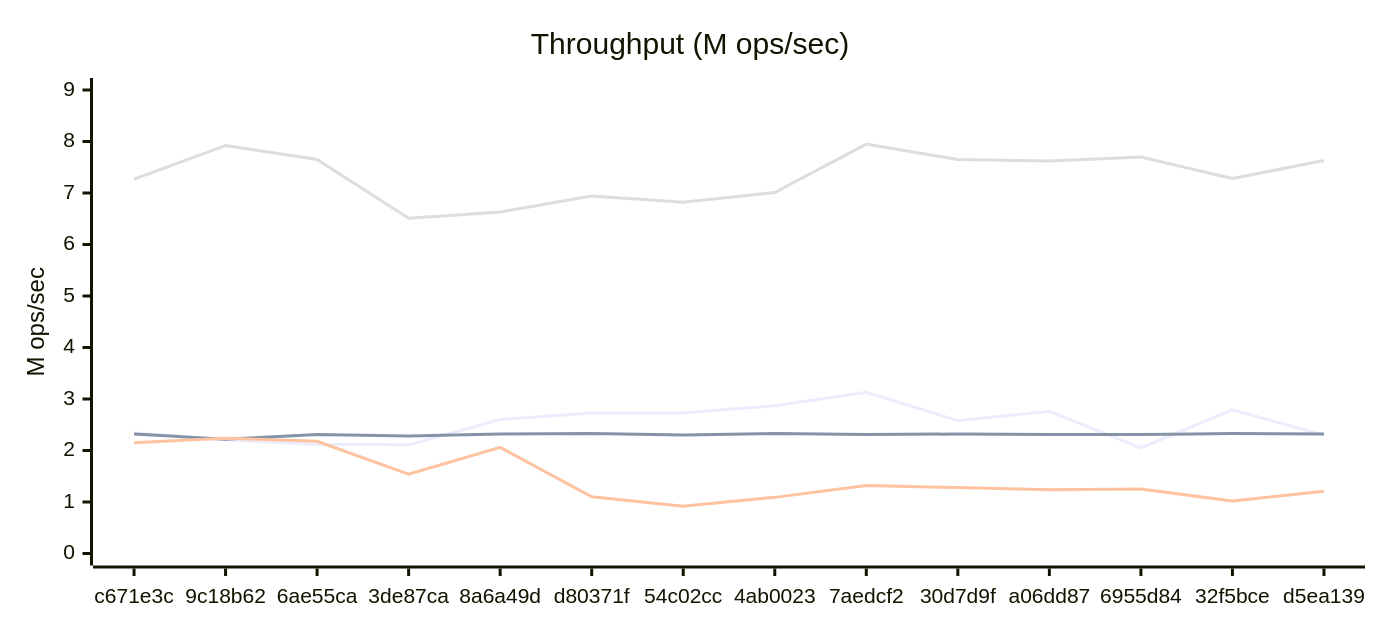
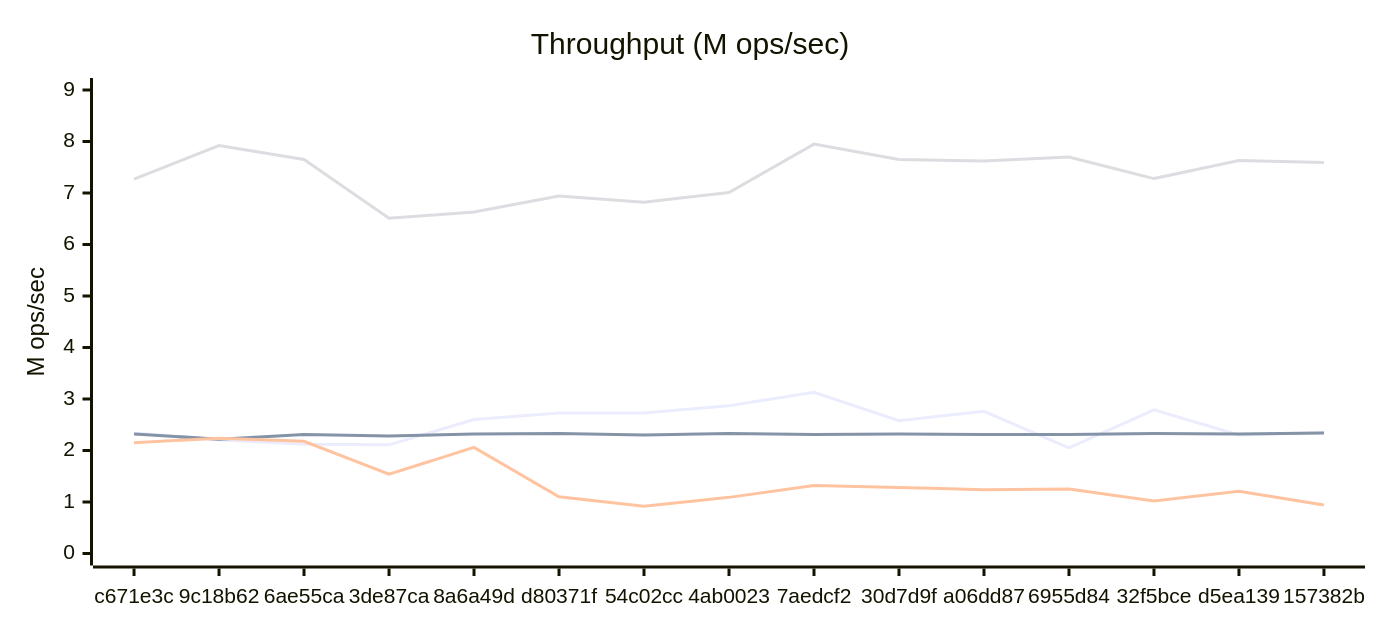
The fourth of 6 diagrams in docs/BENCHMARKS.md (Ikolvi/titan), drawn with Mermaid before and after one commit. The commit also changed other lines of this file, not shown here.

````diff
--- a/docs/BENCHMARKS.md
+++ b/docs/BENCHMARKS.md
@@ -146,17 +153,17 @@
 ```mermaid
 ---
 config:
     xyChart:
         width: 900
         height: 400
         plotColorPalette: "#4e79a7, #f28e2c, #e15759, #76b7b2, #59a14f, #edc949"
 ---
 xychart-beta
     title "Throughput (M ops/sec)"
-    x-axis ["c671e3c", "9c18b62", "6ae55ca", "3de87ca", "8a6a49d", "d80371f", "54c02cc", "4ab0023", "7aedcf2", "30d7d9f", "a06dd87", "6955d84", "32f5bce", "d5ea139"]
+    x-axis ["c671e3c", "9c18b62", "6ae55ca", "3de87ca", "8a6a49d", "d80371f", "54c02cc", "4ab0023", "7aedcf2", "30d7d9f", "a06dd87", "6955d84", "32f5bce", "d5ea139", "157382b"]
     y-axis "M ops/sec" 0.00 --> 9.00
-    line [2.34, 2.21, 2.12, 2.11, 2.60, 2.73, 2.73, 2.87, 3.13, 2.58, 2.76, 2.05, 2.79, 2.30]
-    line [2.32, 2.22, 2.31, 2.28, 2.32, 2.33, 2.30, 2.33, 2.31, 2.32, 2.31, 2.31, 2.33, 2.32]
-    line [2.15, 2.24, 2.18, 1.54, 2.06, 1.10, 0.92, 1.09, 1.32, 1.28, 1.24, 1.25, 1.02, 1.21]
-    line [7.27, 7.92, 7.65, 6.51, 6.63, 6.94, 6.82, 7.01, 7.95, 7.65, 7.62, 7.70, 7.28, 7.63]
+    line [2.34, 2.21, 2.12, 2.11, 2.60, 2.73, 2.73, 2.87, 3.13, 2.58, 2.76, 2.05, 2.79, 2.30, 2.35]
+    line [2.32, 2.22, 2.31, 2.28, 2.32, 2.33, 2.30, 2.33, 2.31, 2.32, 2.31, 2.31, 2.33, 2.32, 2.34]
+    line [2.15, 2.24, 2.18, 1.54, 2.06, 1.10, 0.92, 1.09, 1.32, 1.28, 1.24, 1.25, 1.02, 1.21, 0.94]
+    line [7.27, 7.92, 7.65, 6.51, 6.63, 6.94, 6.82, 7.01, 7.95, 7.65, 7.62, 7.70, 7.28, 7.63, 7.59]
 ```
````
